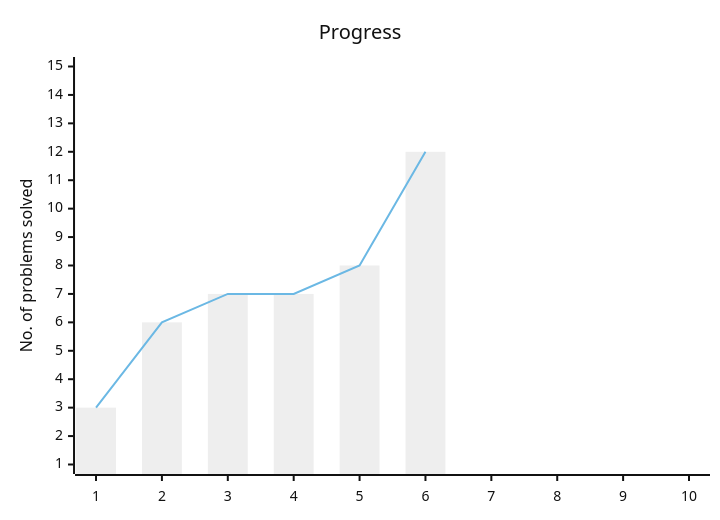
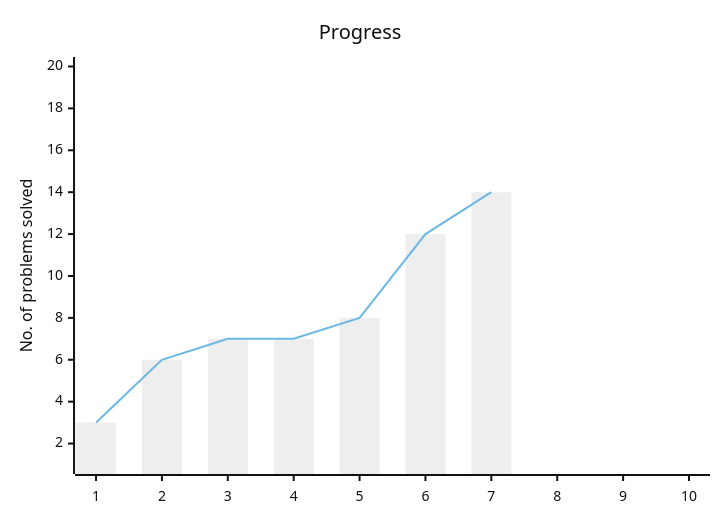
One commit to PrathameshGandule/neetcode-150 changed the diagram in README.md. Above: the diagram before and after it, drawn with Mermaid (neutral theme). The commit also changed other lines of this file and 5 other files, not shown here.

````diff
--- a/README.md
+++ b/README.md
@@ -15,8 +16,8 @@
 ```mermaid
 xychart-beta
     title "Progress"
     x-axis [1, 2, 3, 4, 5, 6, 7, 8, 9, 10]
-    y-axis "No. of problems solved" 1 --> 15
-	bar [3, 6, 7, 7, 8, 12]
-    line [3, 6, 7, 7, 8, 12]
+    y-axis "No. of problems solved" 1 --> 20
+	bar [3, 6, 7, 7, 8, 12, 14]
+    line [3, 6, 7, 7, 8, 12, 14]
 ```
````
